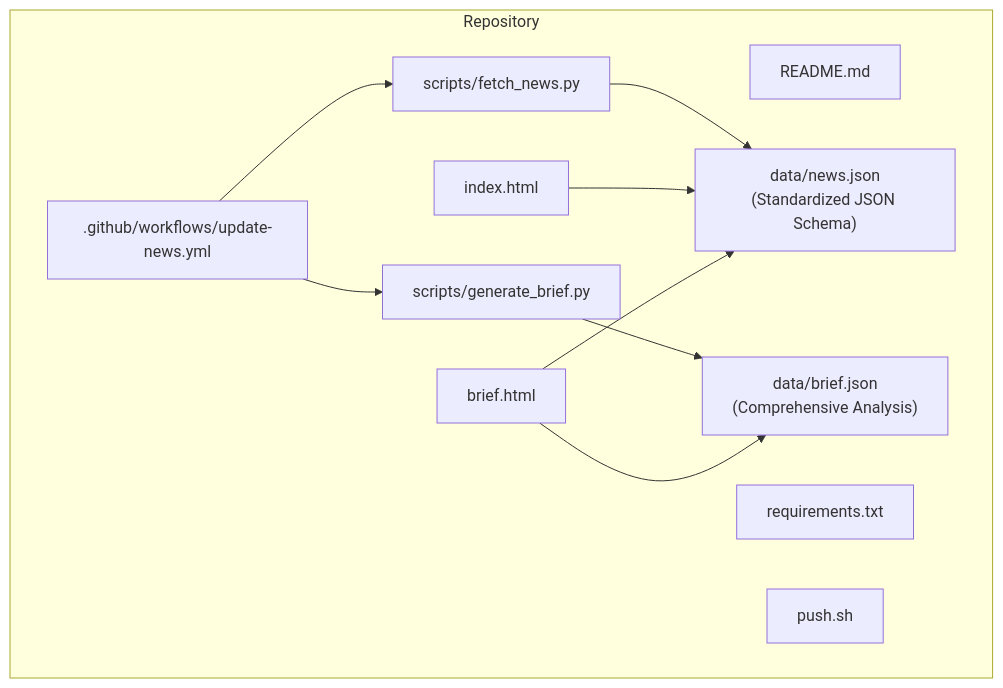
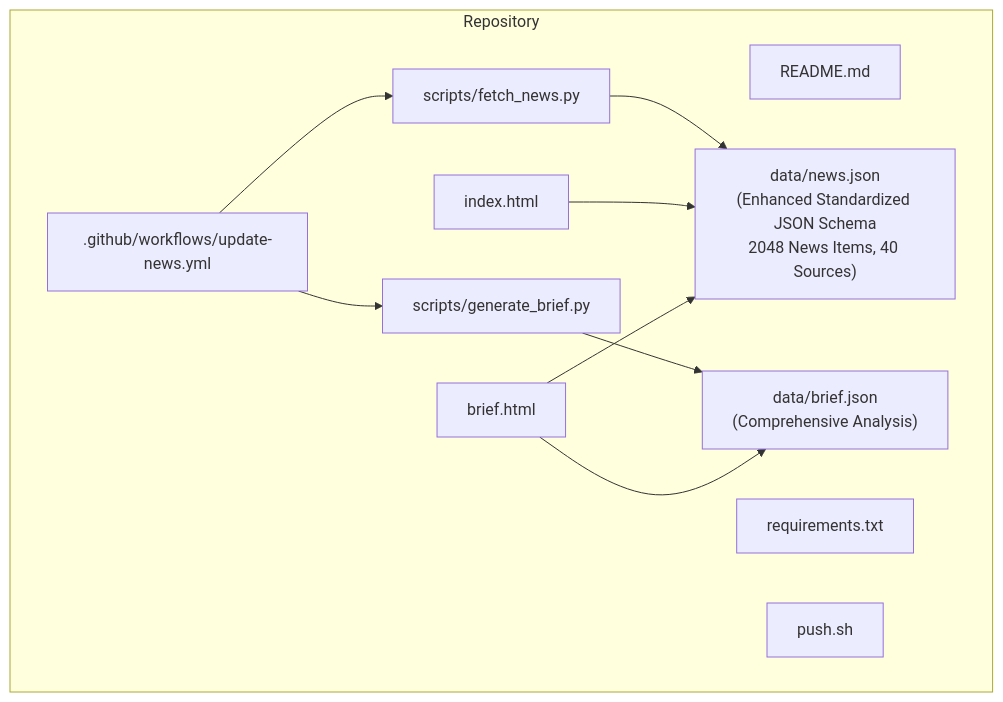
One commit to junxie01/daily_news changed the first of 4 diagrams in .qoder/repowiki/en/content/Data Management.md. Above: the diagram before and after it, drawn with Mermaid. The commit also changed other lines of this file and 3 other files, not shown here.

````diff
--- a/.qoder/repowiki/en/content/Data Management.md
+++ b/.qoder/repowiki/en/content/Data Management.md
@@ -44,22 +45,22 @@
 ```mermaid
 graph TB
 subgraph "Repository"
 A["README.md"]
 B[".github/workflows/update-news.yml"]
 C["requirements.txt"]
 D["scripts/fetch_news.py"]
 E["scripts/generate_brief.py"]
-F["data/news.json<br/>(Standardized JSON Schema)"]
+F["data/news.json<br/>(Enhanced Standardized JSON Schema<br/>2048 News Items, 40 Sources)"]
 G["data/brief.json<br/>(Comprehensive Analysis)"]
 H["index.html"]
 I["brief.html"]
 J["push.sh"]
 end
 B --> D
 B --> E
 D --> F
 E --> G
 H --> F
 I --> G
 I --> F
 ```
````
